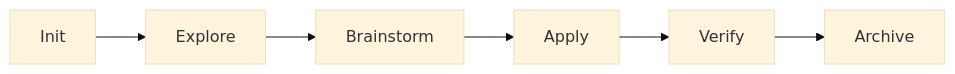
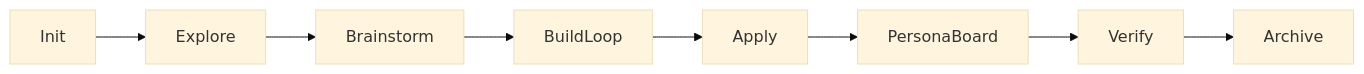
The first of 2 diagrams in docs/04-commands.md (devopstales/aiskillgrid), drawn with Mermaid (base theme) before and after one commit. The commit also changed other lines of this file and 9 other files, not shown here.

Commit message:
add: build-loop and persona-board

````diff
--- a/docs/04-commands.md
+++ b/docs/04-commands.md
@@ -26,8 +26,10 @@
 ```mermaid
 flowchart LR
   Init[Init] --> Explore[Explore]
   Explore --> Brainstorm[Brainstorm]
-  Brainstorm --> Apply[Apply]
-  Apply --> Verify[Verify]
+  Brainstorm --> Loop[BuildLoop]
+  Loop --> Apply[Apply]
+  Apply --> Board[PersonaBoard]
+  Board --> Verify[Verify]
   Verify --> Archive[Archive]
 ```
````
